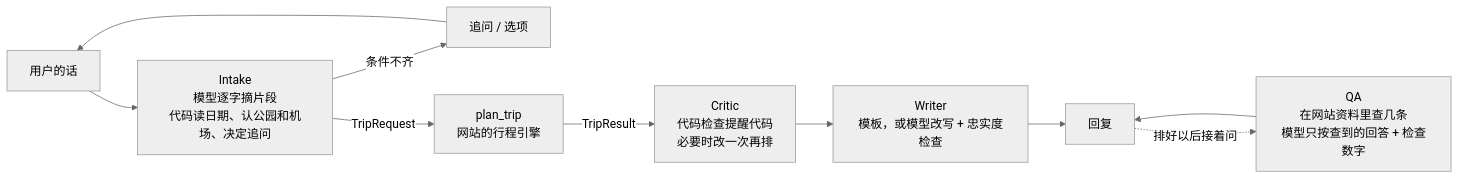
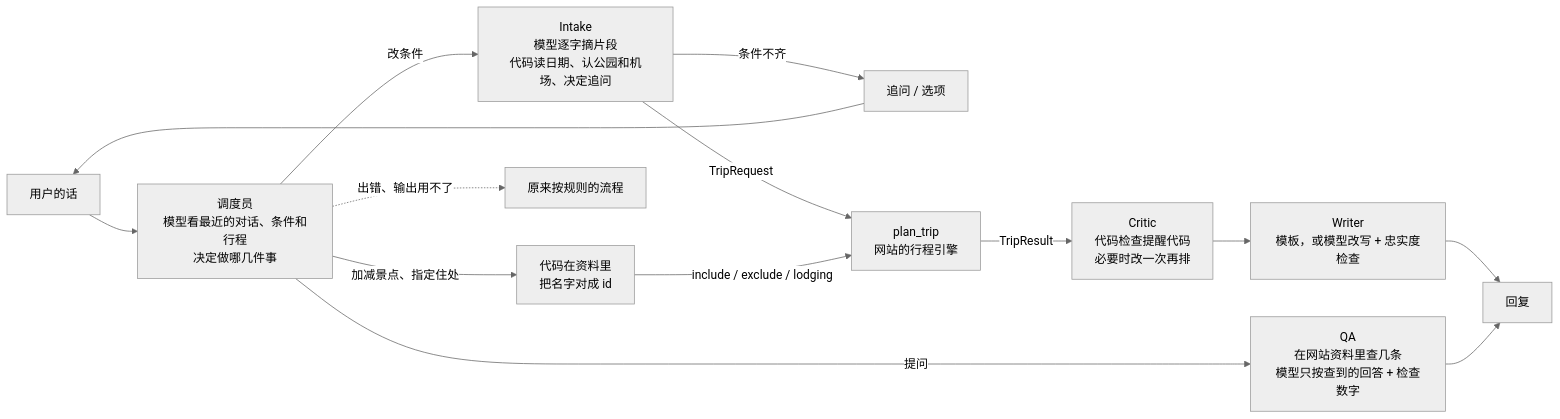
Before and after one commit to momomojun/Team: the diagram in docs/COPILOT.md, drawn with Mermaid (neutral theme). The commit also changed other lines of this file and 28 other files, not shown here.

````diff
--- a/docs/COPILOT.md
+++ b/docs/COPILOT.md
@@ -11,12 +11,16 @@
 ```mermaid
 flowchart LR
-    U[用户的话] --> I[Intake<br>模型逐字摘片段<br>代码读日期、认公园和机场、决定追问]
+    U[用户的话] --> D[调度员<br>模型看最近的对话、条件和行程<br>决定做哪几件事]
+    D -- 改条件 --> I[Intake<br>模型逐字摘片段<br>代码读日期、认公园和机场、决定追问]
     I -- 条件不齐 --> Q[追问 / 选项]
     Q --> U
+    D -- 加减景点、指定住处 --> E[代码在资料里<br>把名字对成 id]
     I -- TripRequest --> P[plan_trip<br>网站的行程引擎]
+    E -- include / exclude / lodging --> P
     P -- TripResult --> C[Critic<br>代码检查提醒代码<br>必要时改一次再排]
     C --> W[Writer<br>模板，或模型改写 + 忠实度检查]
     W --> A[回复]
-    A -. 排好以后接着问 .-> R[QA<br>在网站资料里查几条<br>模型只按查到的回答 + 检查数字]
+    D -- 提问 --> R[QA<br>在网站资料里查几条<br>模型只按查到的回答 + 检查数字]
     R --> A
+    D -. 出错、输出用不了 .-> L[原来按规则的流程]
 ```
````
